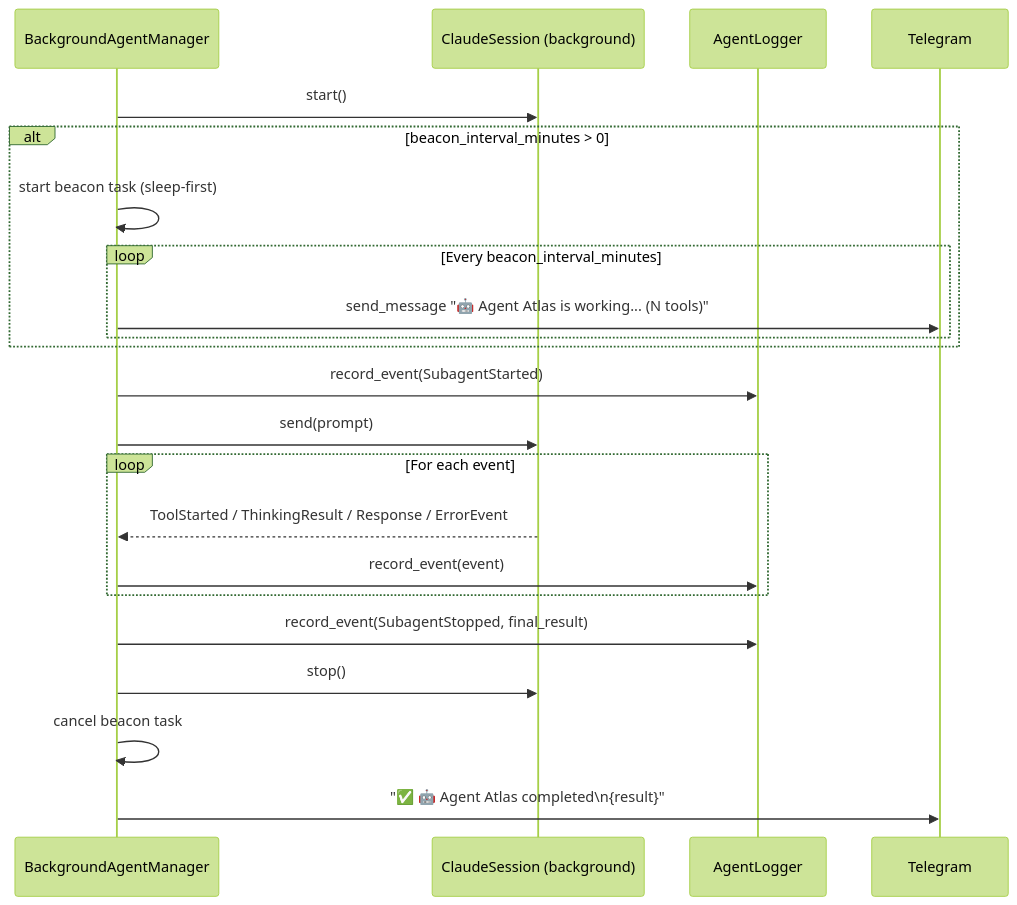
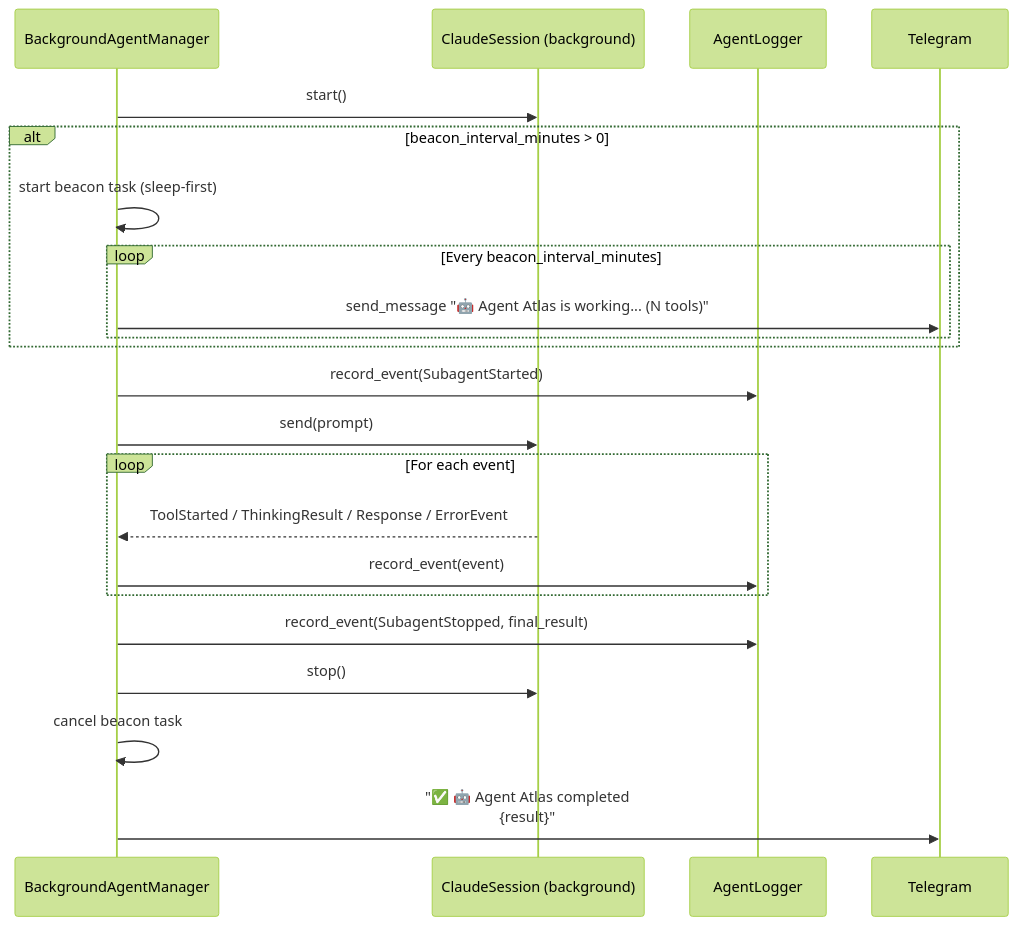
Before and after one commit to user538295/archon-assistant: the sixth of 8 diagrams in Documentation/Architecture/120_services_and_integration_architecture.md, drawn with Mermaid (forest theme). The commit also changed other lines of this file and 9 other files, not shown here.

Commit message:
docs(architecture): use <br/> for mermaid multiline labels

````diff
--- a/Documentation/Architecture/120_services_and_integration_architecture.md
+++ b/Documentation/Architecture/120_services_and_integration_architecture.md
@@ -329,29 +329,29 @@
 ```mermaid
 sequenceDiagram
     participant BAM as BackgroundAgentManager
     participant BGS as ClaudeSession (background)
     participant ALOG as AgentLogger
     participant TG as Telegram
 
     BAM->>BGS: start()
 
     alt beacon_interval_minutes > 0
         BAM->>BAM: start beacon task (sleep-first)
         loop Every beacon_interval_minutes
             BAM->>TG: send_message "🤖 Agent Atlas is working... (N tools)"
         end
     end
 
     BAM->>ALOG: record_event(SubagentStarted)
     BAM->>BGS: send(prompt)
 
     loop For each event
         BGS-->>BAM: ToolStarted / ThinkingResult / Response / ErrorEvent
         BAM->>ALOG: record_event(event)
     end
 
     BAM->>ALOG: record_event(SubagentStopped, final_result)
     BAM->>BGS: stop()
     BAM->>BAM: cancel beacon task
-    BAM->>TG: "✅ 🤖 Agent Atlas completed\n{result}"
+    BAM->>TG: "✅ 🤖 Agent Atlas completed<br/>{result}"
 ```
````
